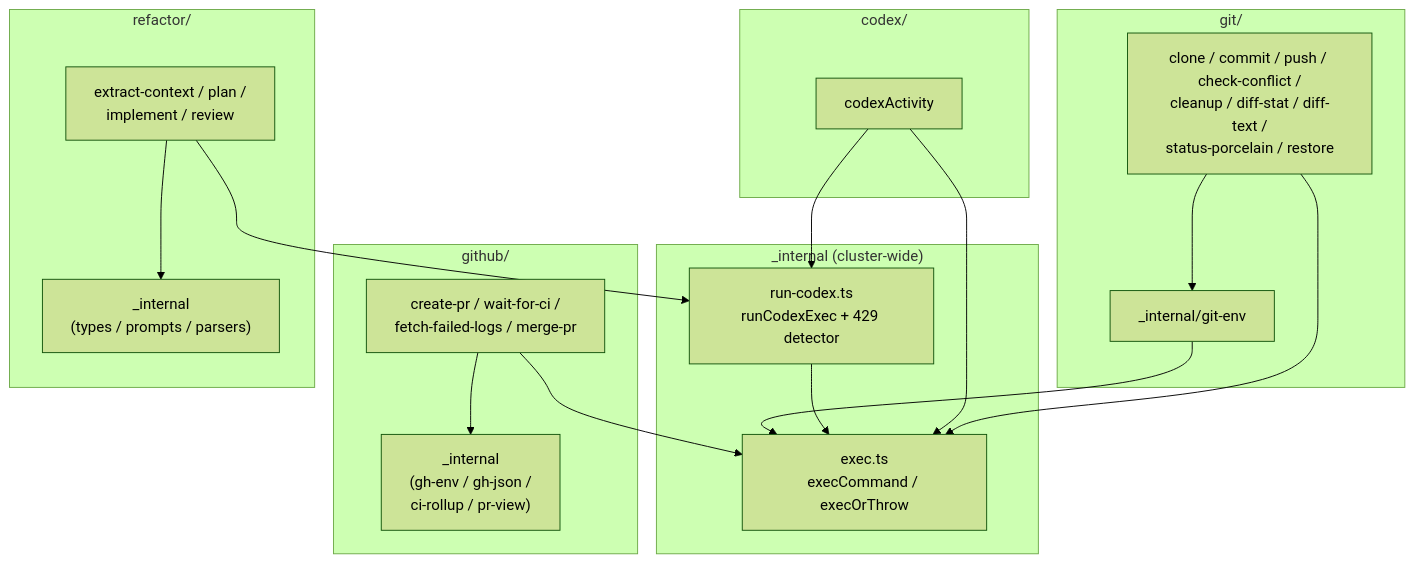
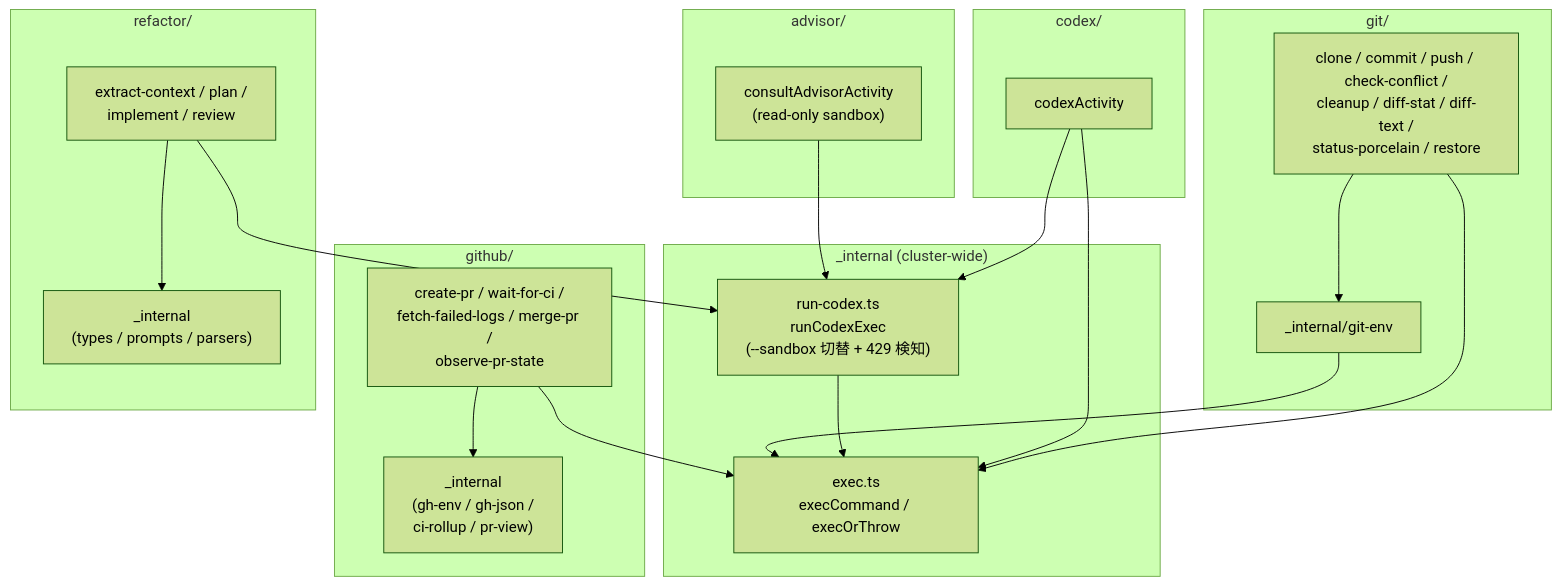
One commit to tamara1031/temporal-repo-steward changed the second of 5 diagrams in docs/architecture.md. Above: the diagram before and after it, drawn with Mermaid (forest theme). The commit also changed other lines of this file and 1 other file, not shown here.

Commit message:
docs: update architecture and README for improved activity structure and clarity

````diff
--- a/docs/architecture.md
+++ b/docs/architecture.md
@@ -92,37 +92,42 @@
 ```mermaid
 flowchart TB
     subgraph shared["_internal (cluster-wide)"]
         Exec[exec.ts<br/>execCommand / execOrThrow]
-        RunCodex[run-codex.ts<br/>runCodexExec + 429 detector]
+        RunCodex["run-codex.ts<br/>runCodexExec<br/>(--sandbox 切替 + 429 検知)"]
+    end
+
+    subgraph advisor_cluster["advisor/"]
+        AdvAct["consultAdvisorActivity<br/>(read-only sandbox)"]
     end
 
     subgraph codex_cluster["codex/"]
         CodexAct[codexActivity]
     end
 
     subgraph git_cluster["git/"]
         GitEnv["_internal/git-env"]
         GitActs["clone / commit / push / check-conflict /<br/>cleanup / diff-stat / diff-text /<br/>status-porcelain / restore"]
     end
 
     subgraph github_cluster["github/"]
         GhInternals["_internal<br/>(gh-env / gh-json /<br/>ci-rollup / pr-view)"]
-        GhActs["create-pr / wait-for-ci /<br/>fetch-failed-logs / merge-pr"]
+        GhActs["create-pr / wait-for-ci /<br/>fetch-failed-logs / merge-pr /<br/>observe-pr-state"]
     end
 
     subgraph refactor_cluster["refactor/"]
         RefInternals["_internal<br/>(types / prompts / parsers)"]
         RefActs["extract-context / plan /<br/>implement / review"]
     end
 
     GitActs --> GitEnv
     GitActs --> Exec
     GhActs --> GhInternals
     GhActs --> Exec
     RefActs --> RefInternals
     RefActs --> RunCodex
     CodexAct --> RunCodex
     CodexAct --> Exec
+    AdvAct --> RunCodex
     RunCodex --> Exec
     GitEnv --> Exec
 ```
````
